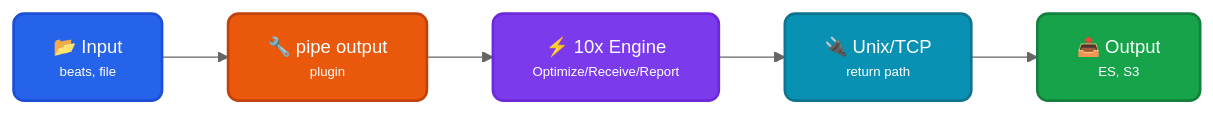
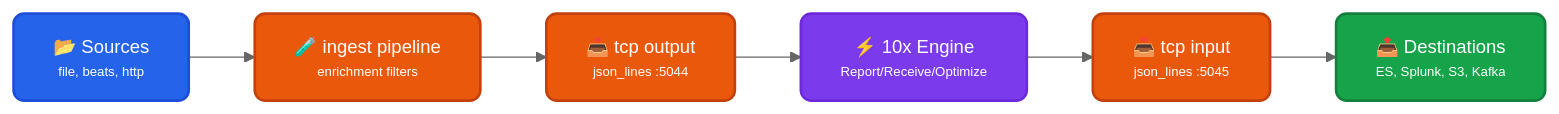
Before and after one commit to log-10x/modules: the diagram in pipelines/run/modules/input/forwarder/logstash/doc.md, drawn with Mermaid (neutral theme). The commit also changed other lines of this file and 149 other files, not shown here.

````diff
--- a/pipelines/run/modules/input/forwarder/logstash/doc.md
+++ b/pipelines/run/modules/input/forwarder/logstash/doc.md
@@ -11,19 +11,20 @@
 ```mermaid
 graph LR
-    A["<div style='font-size: 14px;'>📂 Input</div><div style='font-size: 10px;'>beats, file</div>"] --> B["<div style='font-size: 14px;'>🔧 pipe output</div><div style='font-size: 10px;'>plugin</div>"]
-    B --> E["<div style='font-size: 14px;'>⚡ 10x Engine</div><div style='font-size: 10px;'>Optimize/Receive/Report</div>"]
-    E --> C["<div style='font-size: 14px;'>🔌 Unix/TCP</div><div style='font-size: 10px;'>return path</div>"]
-    C --> D["<div style='font-size: 14px;'>📤 Output</div><div style='font-size: 10px;'>ES, S3</div>"]
+    A["<div style='font-size: 14px;'>📂 Sources</div><div style='font-size: 10px;'>file, beats, http</div>"] --> F["<div style='font-size: 14px;'>🧪 ingest pipeline</div><div style='font-size: 10px;'>enrichment filters</div>"]
+    F --> B["<div style='font-size: 14px;'>📤 tcp output</div><div style='font-size: 10px;'>json_lines :5044</div>"]
+    B --> E["<div style='font-size: 14px;'>⚡ 10x Engine</div><div style='font-size: 10px;'>Report/Receive/Optimize</div>"]
+    E --> C["<div style='font-size: 14px;'>📥 tcp input</div><div style='font-size: 10px;'>json_lines :5045</div>"]
+    C --> D["<div style='font-size: 14px;'>📤 Destinations</div><div style='font-size: 10px;'>ES, Splunk, S3, Kafka</div>"]
 
     classDef input fill:#2563eb,stroke:#1d4ed8,color:#ffffff,stroke-width:2px,rx:8,ry:8
     classDef filter fill:#ea580c,stroke:#c2410c,color:#ffffff,stroke-width:2px,rx:8,ry:8
-    classDef socket fill:#0891b2,stroke:#0e7490,color:#ffffff,stroke-width:2px,rx:8,ry:8
+    classDef engine fill:#7c3aed,stroke:#6d28d9,color:#ffffff,stroke-width:2px,rx:8,ry:8
     classDef output fill:#16a34a,stroke:#15803d,color:#ffffff,stroke-width:2px,rx:8,ry:8
-    classDef engine fill:#7c3aed,stroke:#6d28d9,color:#ffffff,stroke-width:2px,rx:8,ry:8
 
     class A input
     class B filter
-    class C socket
+    class C filter
     class D output
     class E engine
+    class F filter
 ```
````
